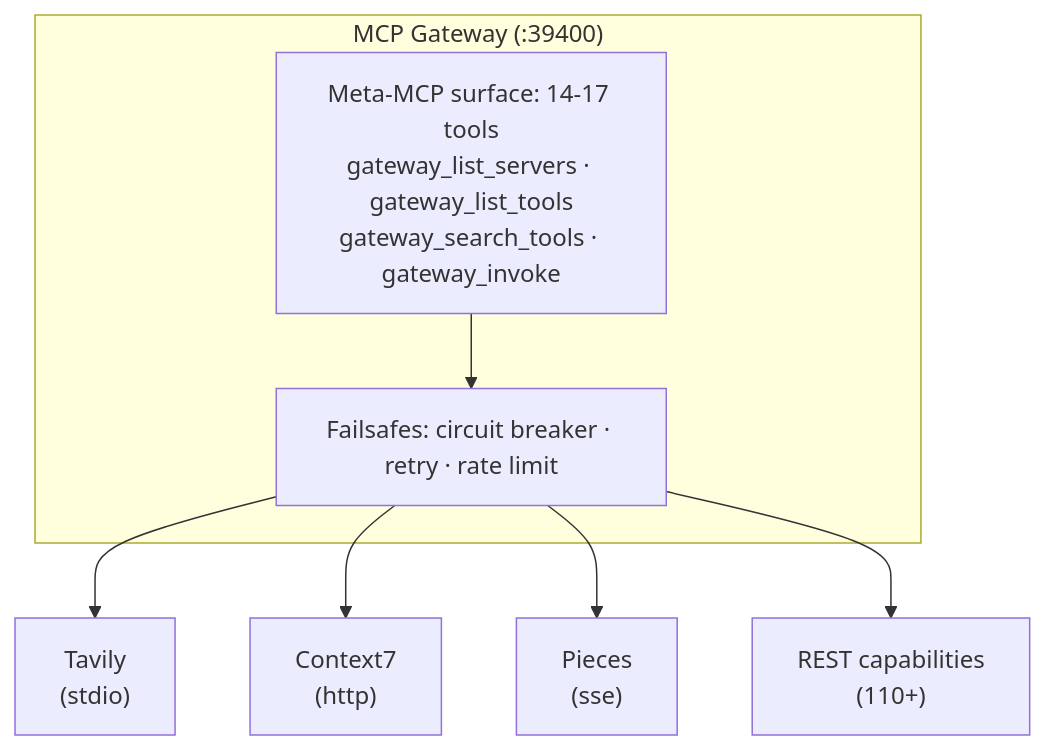
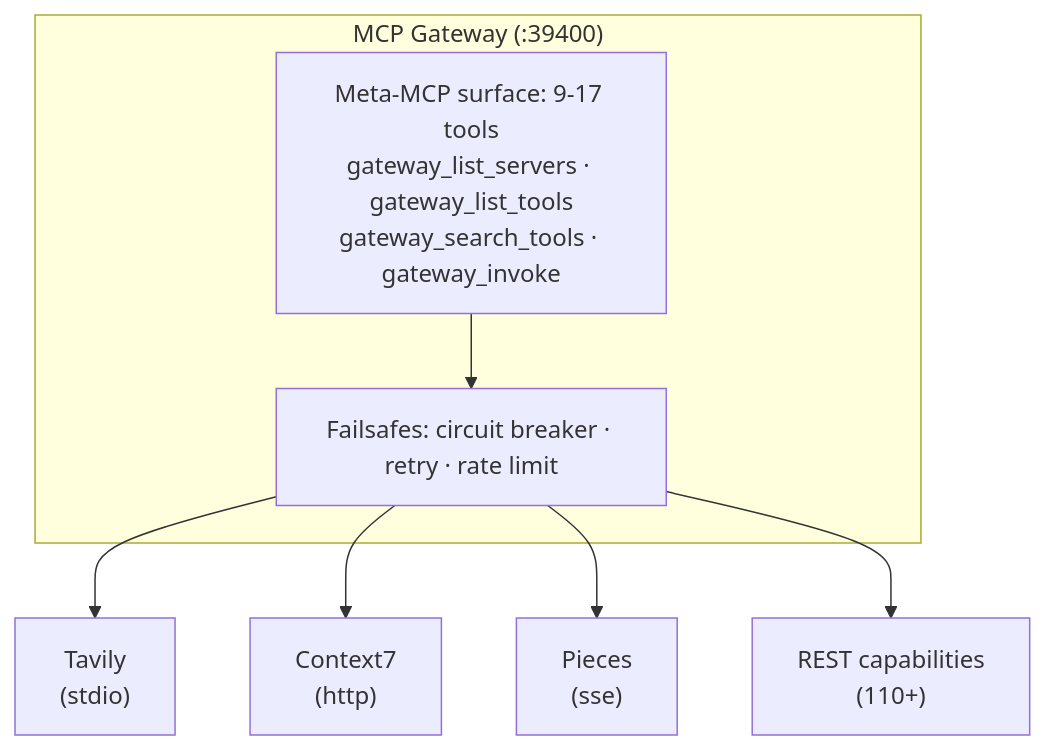
Before and after one commit to MikkoParkkola/mcp-gateway: the second of 2 diagrams in README.md, drawn with Mermaid. The commit also changed other lines of this file and 224 other files, not shown here.

First line of the commit message:
feat(meta-mcp): compact the meta-tool surface and relocate internal docs

````diff
--- a/README.md
+++ b/README.md
@@ -305,12 +305,12 @@
 ```mermaid
 flowchart TB
     subgraph GW["MCP Gateway (:39400)"]
-        META["Meta-MCP surface: 14-17 tools<br/>gateway_list_servers · gateway_list_tools<br/>gateway_search_tools · gateway_invoke"]
+        META["Meta-MCP surface: 9-17 tools<br/>gateway_list_servers · gateway_list_tools<br/>gateway_search_tools · gateway_invoke"]
         FS["Failsafes: circuit breaker · retry · rate limit"]
         META --> FS
     end
     FS --> B1["Tavily<br/>(stdio)"]
     FS --> B2["Context7<br/>(http)"]
     FS --> B3["Pieces<br/>(sse)"]
     FS --> B4["REST capabilities<br/>(110+)"]
 ```
````
